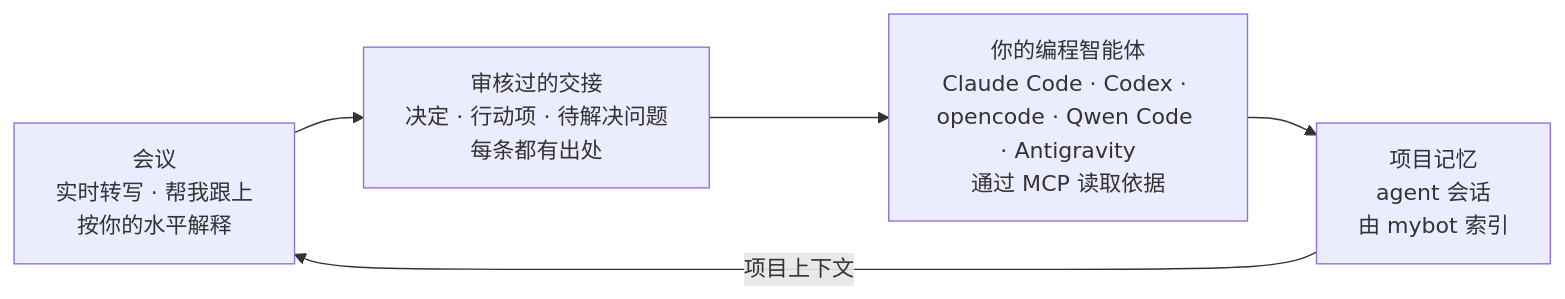
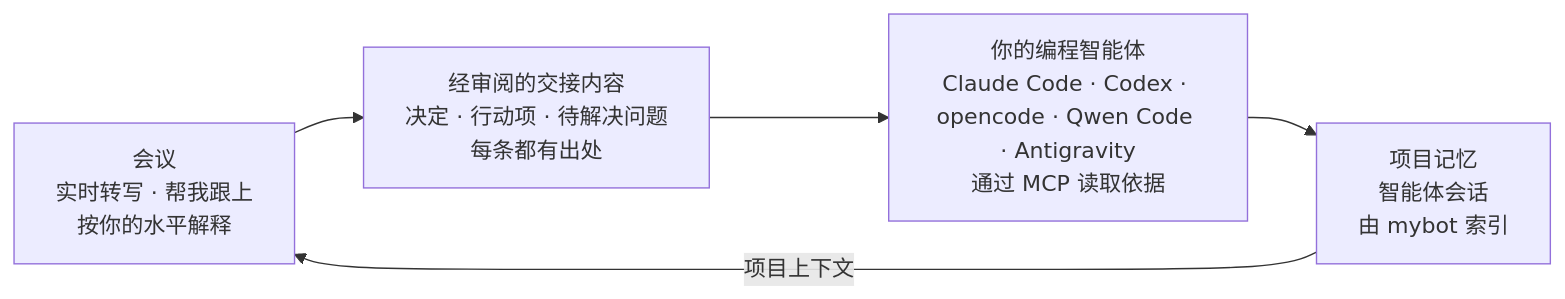
One commit to FakeEnd/chumi changed the diagram in README.zh-CN.md. Above: the diagram before and after it, drawn with Mermaid. The commit also changed other lines of this file and 38 other files, not shown here.

````diff
--- a/README.zh-CN.md
+++ b/README.zh-CN.md
@@ -160,7 +160,7 @@
 ```mermaid
 flowchart LR
-  M["会议<br/>实时转写 · 帮我跟上<br/>按你的水平解释"] --> H["审核过的交接<br/>决定 · 行动项 · 待解决问题<br/>每条都有出处"]
+  M["会议<br/>实时转写 · 帮我跟上<br/>按你的水平解释"] --> H["经审阅的交接内容<br/>决定 · 行动项 · 待解决问题<br/>每条都有出处"]
   H --> A["你的编程智能体<br/>Claude Code · Codex · opencode · Qwen Code · Antigravity<br/>通过 MCP 读取依据"]
-  A --> P["项目记忆<br/>agent 会话<br/>由 mybot 索引"]
+  A --> P["项目记忆<br/>智能体会话<br/>由 mybot 索引"]
   P -- "项目上下文" --> M
 ```
````
